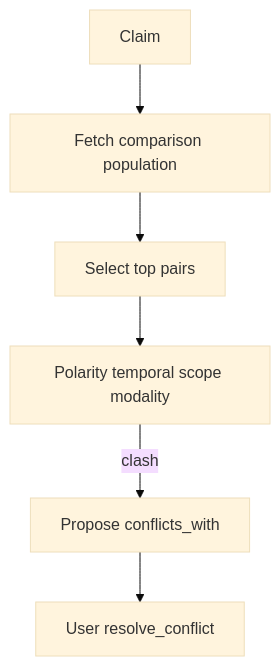
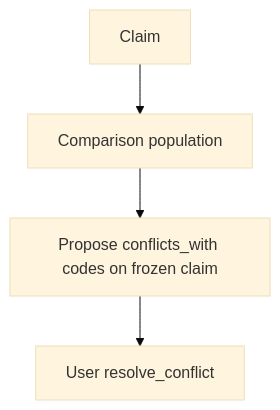
The ninth of 12 diagrams in docs/memory-system/10-memory-processing-design.md (NicolVii/ContextVault), drawn with Mermaid (base theme) before and after one commit. The commit also changed other lines of this file, not shown here.

````diff
--- a/docs/memory-system/10-memory-processing-design.md
+++ b/docs/memory-system/10-memory-processing-design.md
@@ -1640,8 +1261,6 @@
 ```mermaid
 flowchart TD
-  C[Claim] --> Pop[Fetch comparison population]
-  Pop --> Pair[Select top pairs]
-  Pair --> Chk[Polarity temporal scope modality]
-  Chk -->|clash| Prop[Propose conflicts_with]
+  C[Claim] --> Pop[Comparison population]
+  Pop --> Prop[Propose conflicts_with codes on frozen claim]
   Prop --> Rev[User resolve_conflict]
 ```
````
